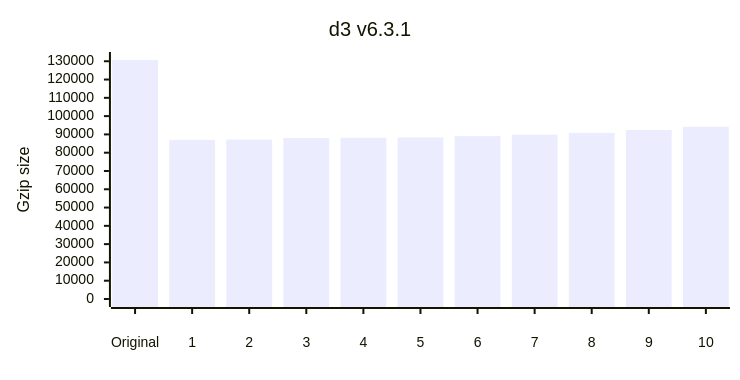
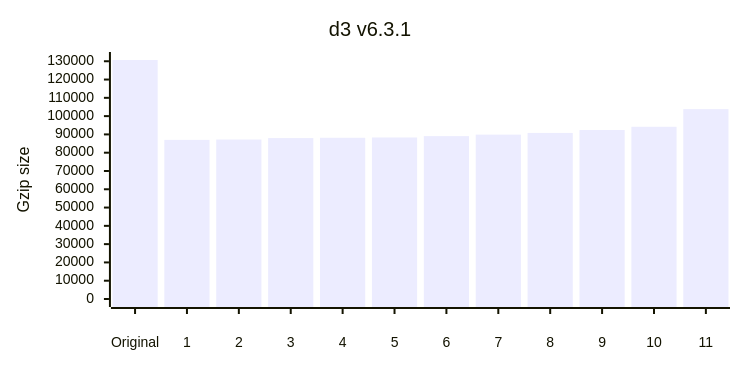
One commit to privatenumber/minification-benchmarks changed the sixth of 12 diagrams in README.md. Above: the diagram before and after it, drawn with Mermaid. The commit also changed other lines of this file and 1 other file, not shown here.

````diff
--- a/README.md
+++ b/README.md
@@ -277,17 +283,17 @@
 ```mermaid
 ---
 config:
     xyChart:
         width: 720
         height: 360
         xAxis:
             labelPadding: 20
         yAxis:
             labelPadding: 10
 ---
 xychart-beta
 	title "d3 v6.3.1"
-	x-axis ["Original",1,2,3,4,5,6,7,8,9,10]
+	x-axis ["Original",1,2,3,4,5,6,7,8,9,10,11]
 	y-axis "Gzip size" 0 --> 130686
-	bar [130686,87016,87205,87997,88148,88319,89069,89882,90800,92395,94166]
+	bar [130686,87016,87205,87997,88148,88319,89069,89882,90800,92395,94166,103813]
 ```
````
